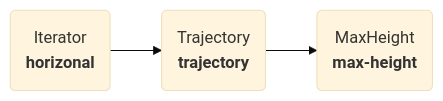
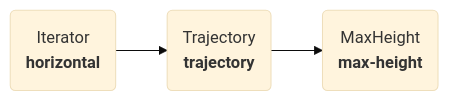
One commit to plugboard-dev/plugboard changed the diagram in docs/examples/tutorials/tuning-a-process.md. Above: the diagram before and after it, drawn with Mermaid (base theme). The commit also changed 1 other file, not shown here.

````diff
--- a/docs/examples/tutorials/tuning-a-process.md
+++ b/docs/examples/tutorials/tuning-a-process.md
@@ -18,5 +18,5 @@
 ```mermaid
  flowchart LR
-   horizonal@{ shape: rounded, label: Iterator<br>**horizonal** } --> trajectory@{ shape: rounded, label: Trajectory<br>**trajectory** }
+   horizontal@{ shape: rounded, label: Iterator<br>**horizontal** } --> trajectory@{ shape: rounded, label: Trajectory<br>**trajectory** }
    trajectory@{ shape: rounded, label: Trajectory<br>**trajectory** } --> max-height@{ shape: rounded, label: MaxHeight<br>**max-height** }
 ```
````
